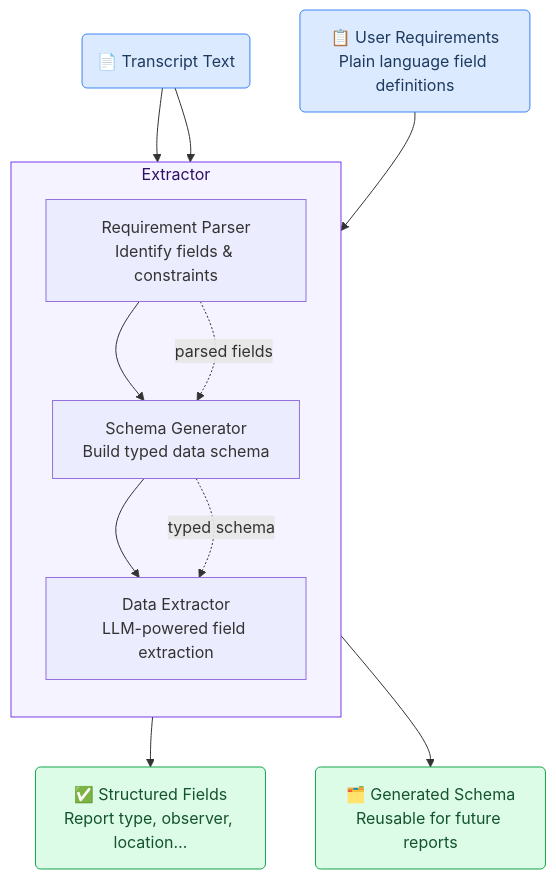
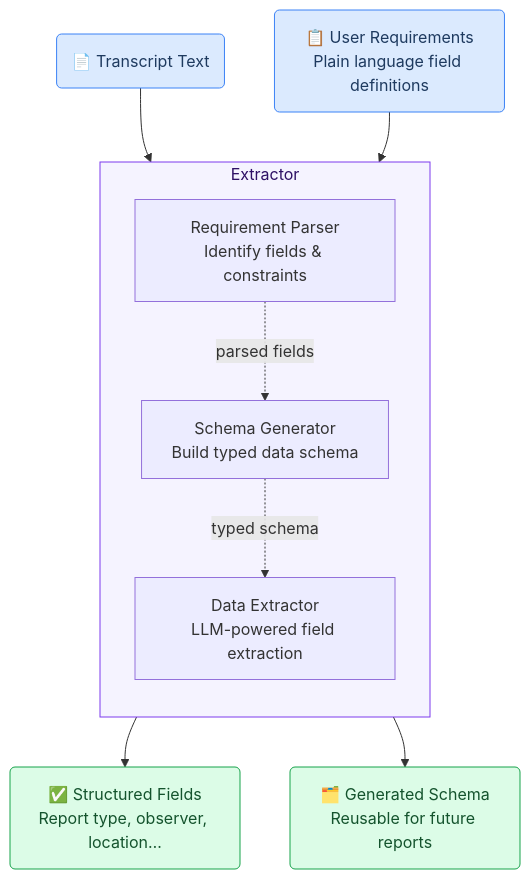
Before and after one commit to GAIK-project/gaik-toolkit: the third of 4 diagrams in use_cases/Incident_reporting.md, drawn with Mermaid. The commit also changed other lines of this file, not shown here.

````diff
--- a/use_cases/Incident_reporting.md
+++ b/use_cases/Incident_reporting.md
@@ -100,26 +65,23 @@
 ```mermaid
 flowchart TD
     A("📄 Transcript Text") --> DE
     B("📋 User Requirements<br/>Plain language field definitions") --> RP
 
     subgraph EXT["Extractor"]
         direction TB
         RP["Requirement Parser<br/>Identify fields & constraints"]
         SG["Schema Generator<br/>Build typed data schema"]
         DE["Data Extractor<br/>LLM-powered field extraction"]
-        RP --> SG --> DE
+        RP -.->|"parsed fields"| SG
+        SG -.->|"typed schema"| DE
     end
-
-    A --> DE
-    RP -.->|"parsed fields"| SG
-    SG -.->|"typed schema"| DE
 
     EXT --> C("✅ Structured Fields<br/>Report type, observer, location…")
     EXT --> D("🗂️ Generated Schema<br/>Reusable for future reports")
 
     style A fill:#dbeafe,stroke:#3b82f6,color:#1e3a5f
     style B fill:#dbeafe,stroke:#3b82f6,color:#1e3a5f
     style C fill:#dcfce7,stroke:#16a34a,color:#14532d
     style D fill:#dcfce7,stroke:#16a34a,color:#14532d
     style EXT fill:#f5f3ff,stroke:#7c3aed,color:#2e1065
 ```
````
